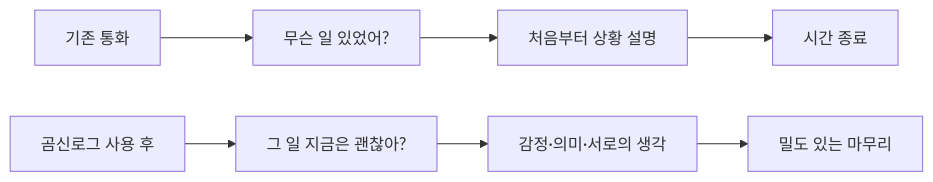
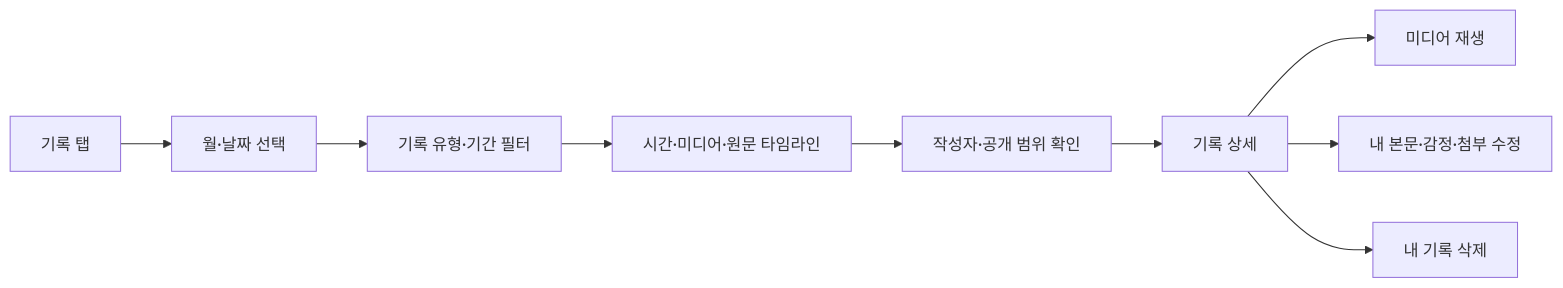
One commit to yesung23/gomsin-log changed the fifth of 8 diagrams in docs/USER_FLOWS.md. Above: the diagram before and after it, drawn with Mermaid. The commit also changed other lines of this file and 25 other files, not shown here.

````diff
--- a/docs/USER_FLOWS.md
+++ b/docs/USER_FLOWS.md
@@ -55,10 +80,11 @@
 ```mermaid
 flowchart LR
-    A["기존 통화"] --> B["무슨 일 있었어?"]
-    B --> C["처음부터 상황 설명"]
-    C --> D["시간 종료"]
-
-    E["곰신로그 사용 후"] --> F["그 일 지금은 괜찮아?"]
-    F --> G["감정·의미·서로의 생각"]
-    G --> H["밀도 있는 마무리"]
+  A["기록 탭"] --> B["월·날짜 선택"]
+  B --> C["기록 유형·기간 필터"]
+  C --> D["시간·미디어·원문 타임라인"]
+  D --> E["작성자·공개 범위 확인"]
+  E --> F["기록 상세"]
+  F --> G["미디어 재생"]
+  F --> H["내 본문·감정·첨부 수정"]
+  F --> I["내 기록 삭제"]
 ```
````
